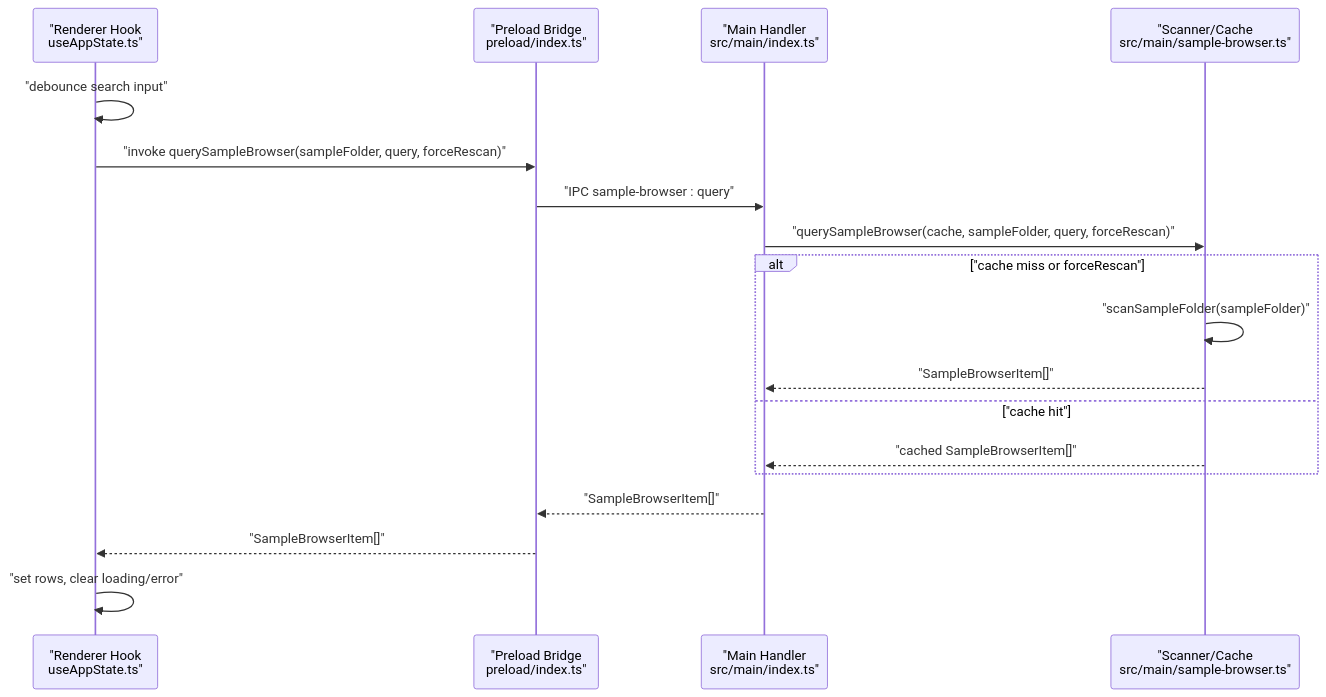
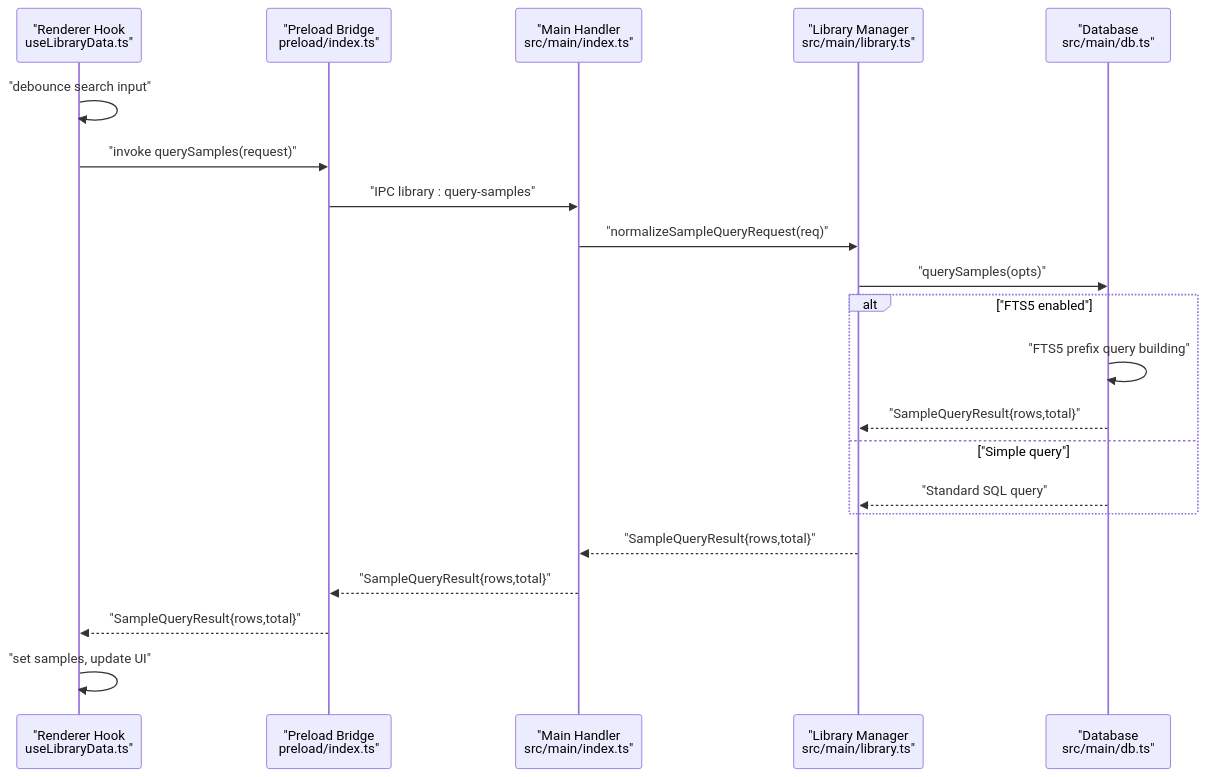
Before and after one commit to satyrlord/mixjam-electron: the second of 7 diagrams in .qoder/repowiki/en/content/Sample Browser.md, drawn with Mermaid. The commit also changed other lines of this file and 104 other files, not shown here.

First line of the commit message:
fix(config): update markdownlint schema and cleanup ignored paths

````diff
--- a/.qoder/repowiki/en/content/Sample Browser.md
+++ b/.qoder/repowiki/en/content/Sample Browser.md
@@ -115,20 +149,23 @@
 ```mermaid
 sequenceDiagram
-participant R as "Renderer Hook<br/>useAppState.ts"
+participant R as "Renderer Hook<br/>useLibraryData.ts"
 participant P as "Preload Bridge<br/>preload/index.ts"
 participant M as "Main Handler<br/>src/main/index.ts"
-participant S as "Scanner/Cache<br/>src/main/sample-browser.ts"
+participant L as "Library Manager<br/>src/main/library.ts"
+participant D as "Database<br/>src/main/db.ts"
 R->>R : "debounce search input"
-R->>P : "invoke querySampleBrowser(sampleFolder, query, forceRescan)"
-P->>M : "IPC sample-browser : query"
-M->>S : "querySampleBrowser(cache, sampleFolder, query, forceRescan)"
-alt "cache miss or forceRescan"
-S->>S : "scanSampleFolder(sampleFolder)"
-S-->>M : "SampleBrowserItem[]"
-else "cache hit"
-S-->>M : "cached SampleBrowserItem[]"
+R->>P : "invoke querySamples(request)"
+P->>M : "IPC library : query-samples"
+M->>L : "normalizeSampleQueryRequest(req)"
+L->>D : "querySamples(opts)"
+alt "FTS5 enabled"
+D->>D : "FTS5 prefix query building"
+D-->>L : "SampleQueryResult{rows,total}"
+else "Simple query"
+D-->>L : "Standard SQL query"
 end
-M-->>P : "SampleBrowserItem[]"
-P-->>R : "SampleBrowserItem[]"
-R->>R : "set rows, clear loading/error"
+L-->>M : "SampleQueryResult{rows,total}"
+M-->>P : "SampleQueryResult{rows,total}"
+P-->>R : "SampleQueryResult{rows,total}"
+R->>R : "set samples, update UI"
 ```
````
